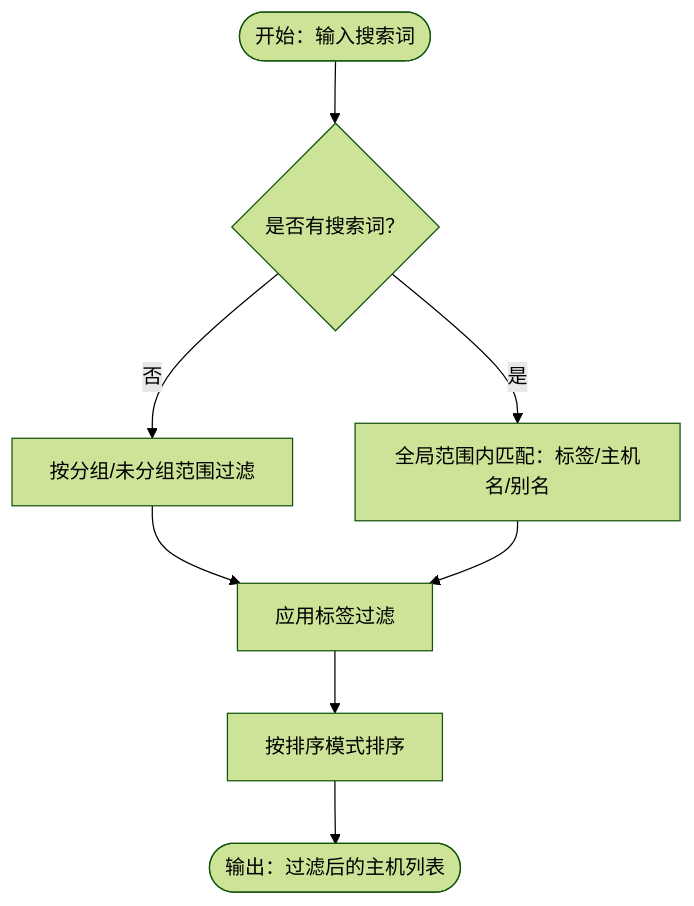
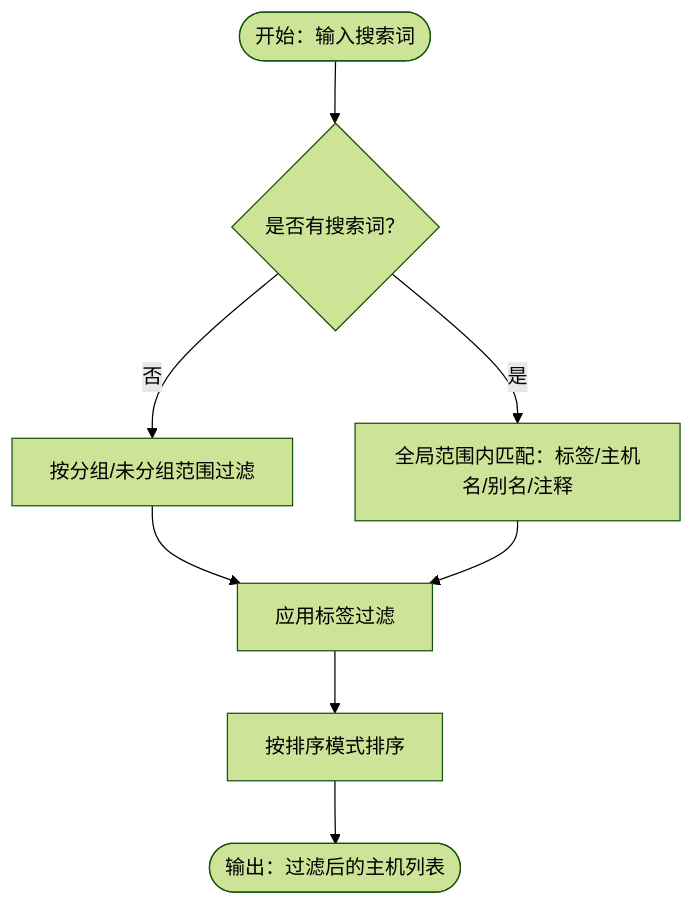
The fourth of 13 diagrams in .qoder/repowiki/zh/content/用户指南/SSH客户端管理/主机管理.md (szeiyou/Netcatty), drawn with Mermaid (forest theme) before and after one commit. The commit also changed other lines of this file and 6 other files, not shown here.

````diff
--- a/.qoder/repowiki/zh/content/用户指南/SSH客户端管理/主机管理.md
+++ b/.qoder/repowiki/zh/content/用户指南/SSH客户端管理/主机管理.md
@@ -182,10 +214,10 @@
 ```mermaid
 flowchart TD
 S(["开始：输入搜索词"]) --> HasSearch{"是否有搜索词？"}
 HasSearch -- 否 --> Scope["按分组/未分组范围过滤"]
-HasSearch -- 是 --> Global["全局范围内匹配：标签/主机名/别名"]
+HasSearch -- 是 --> Global["全局范围内匹配：标签/主机名/别名/注释"]
 Scope --> Tags["应用标签过滤"]
 Global --> Tags
 Tags --> Sort["按排序模式排序"]
 Sort --> Out(["输出：过滤后的主机列表"])
 ```
````
